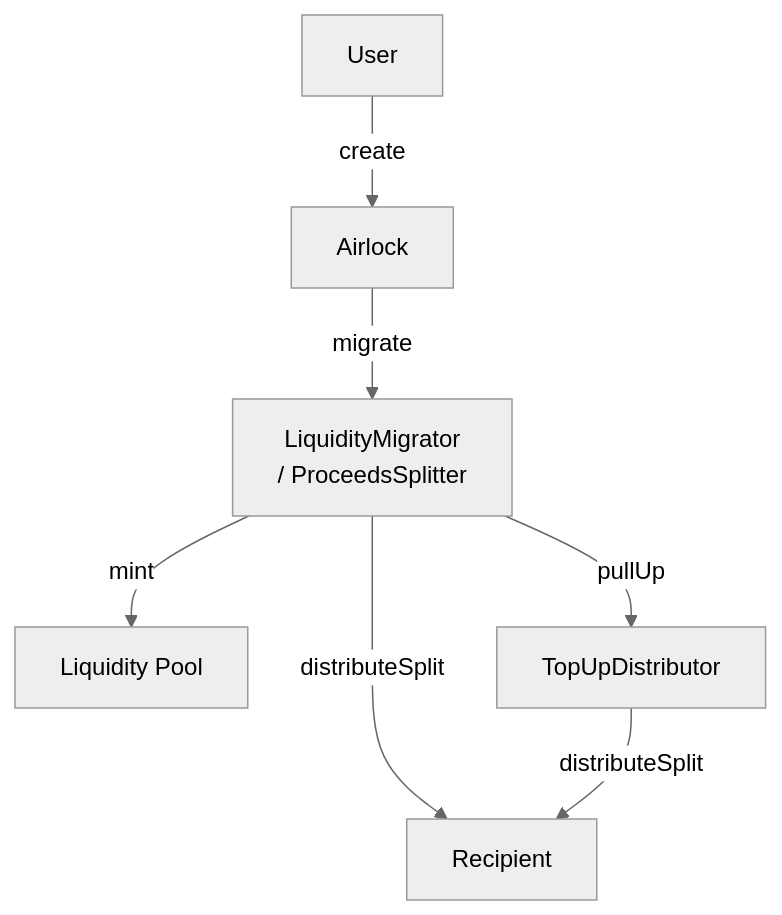
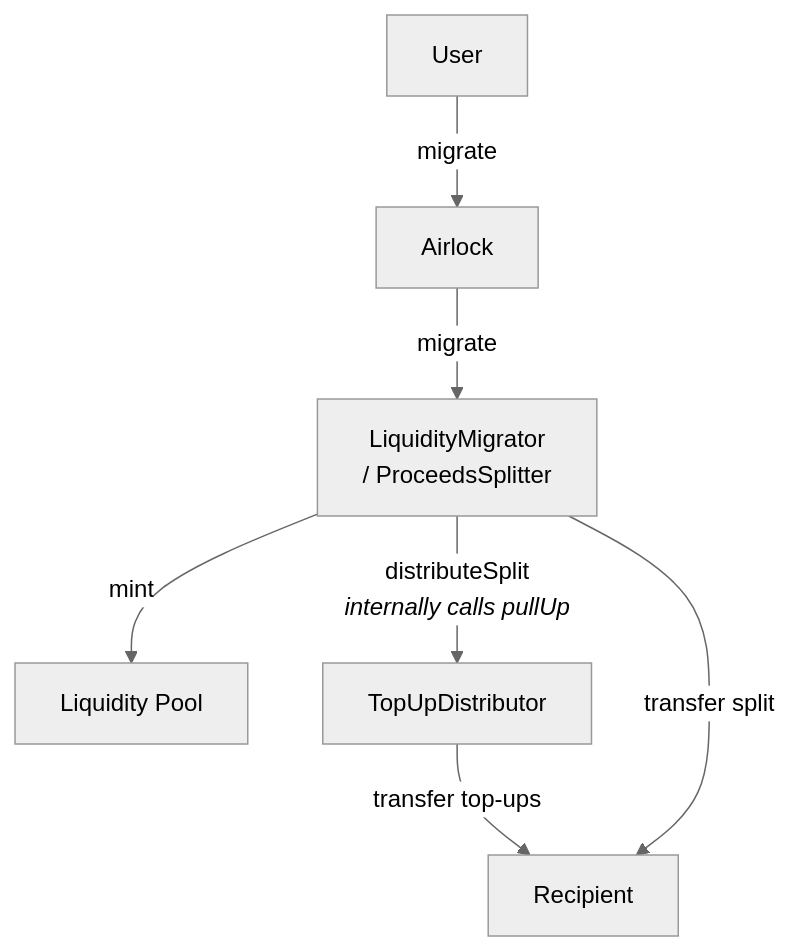
The second of 2 diagrams in docs/ProceedsSplitter.md (whetstoneresearch/doppler), drawn with Mermaid (neutral theme) before and after one commit. The commit also changed other lines of this file, not shown here.

````diff
--- a/docs/ProceedsSplitter.md
+++ b/docs/ProceedsSplitter.md
@@ -24,9 +30,9 @@
 ```mermaid
 flowchart TD
-    User -->|create| A[Airlock]
+    User -->|migrate| A[Airlock]
     A -->|migrate| LM[LiquidityMigrator<br />/ ProceedsSplitter]
     LM -->|mint| LP[Liquidity Pool]
-    LM -->|pullUp| TUD[TopUpDistributor]
-    LM -->|distributeSplit| R[Recipient]
-    TUD -->|distributeSplit| R
+    LM -->|distributeSplit<br /><i>internally calls pullUp</i>| TUD[TopUpDistributor]
+    TUD -->|transfer top-ups| R[Recipient]
+    LM -->|transfer split| R
 ```
````
